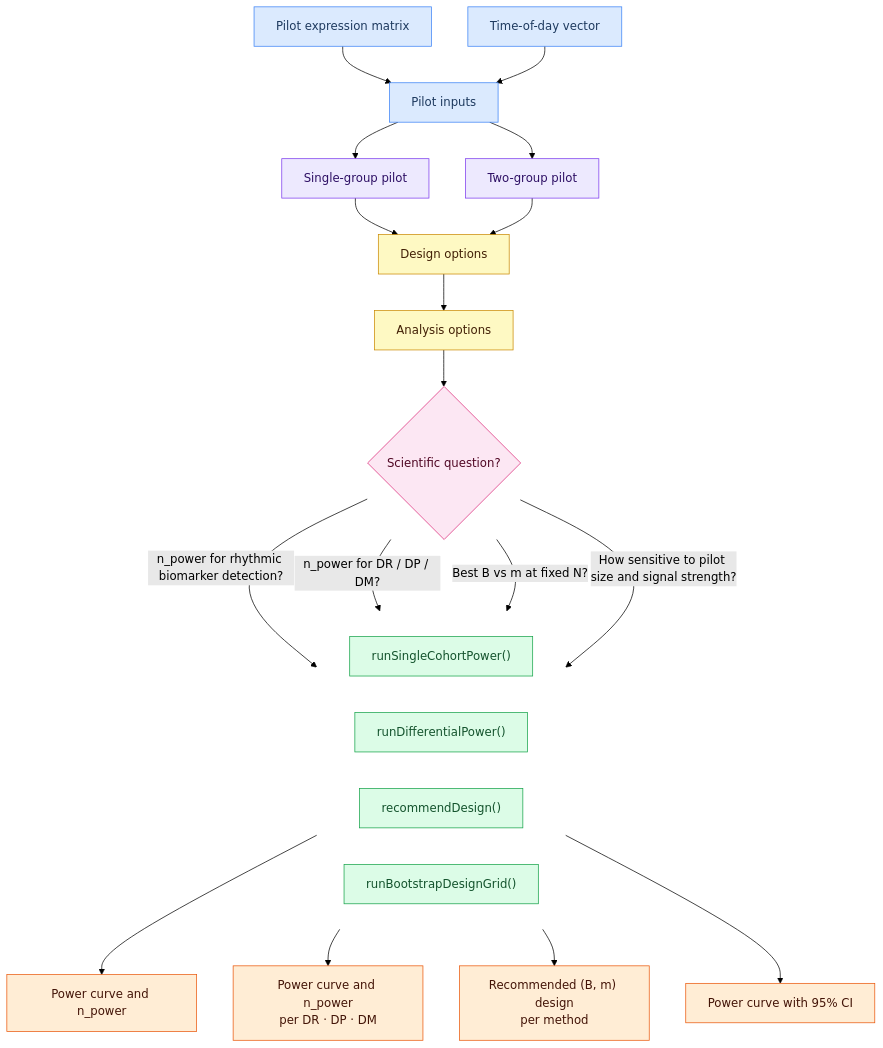
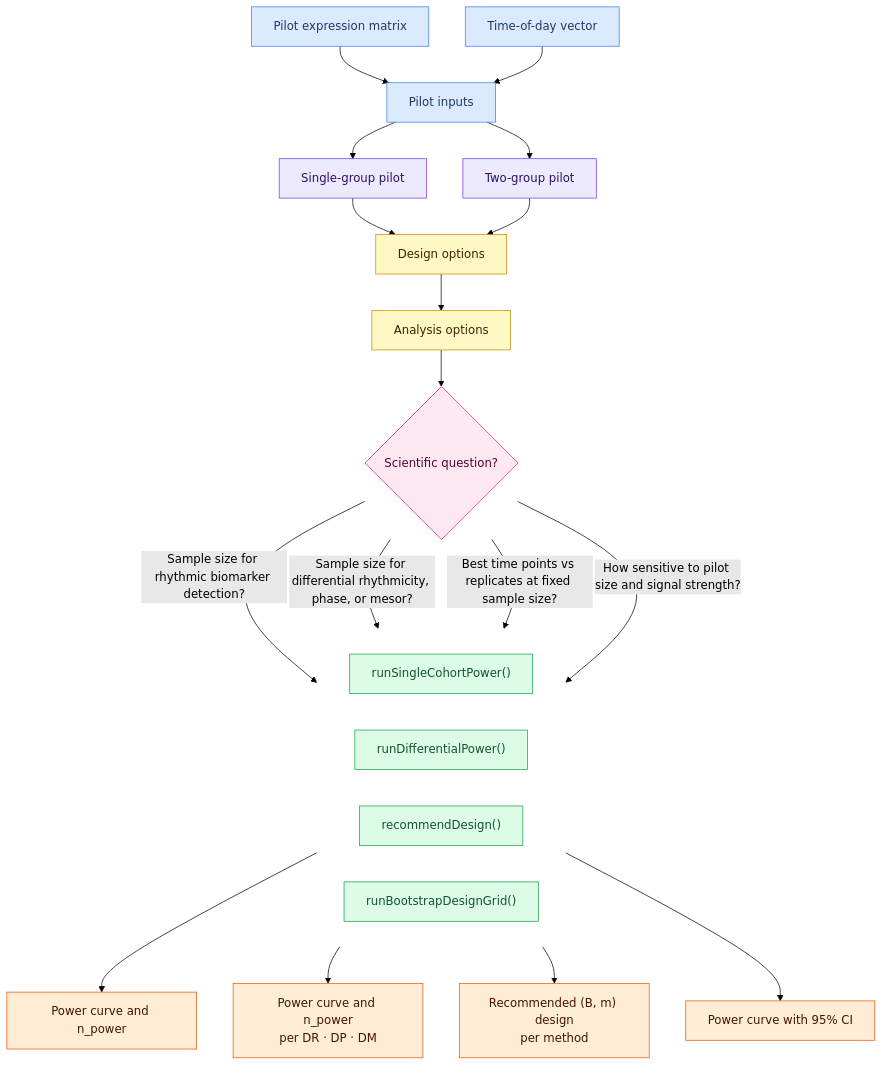
One commit to quythien/SCP changed the diagram in vignettes/SCP_vignette.md. Above: the diagram before and after it, drawn with Mermaid (forest theme).

Commit message:
Spell out flowchart branch labels: no notation abbreviations

````diff
--- a/vignettes/SCP_vignette.md
+++ b/vignettes/SCP_vignette.md
@@ -65,65 +65,65 @@
 ```mermaid
 flowchart TD
 
     A["Pilot expression matrix"]
     B["Time-of-day vector"]
     I["Pilot inputs"]
 
     C["Single-group pilot"]
     D["Two-group pilot"]
 
     E["Design options"]
     F["Analysis options"]
 
     G{"Scientific question?"}
 
     subgraph RUNNERS[" "]
         direction LR
         SC["runSingleCohortPower()"]
         DF["runDifferentialPower()"]
         BM["recommendDesign()"]
         BS["runBootstrapDesignGrid()"]
     end
 
     R1["Power curve and n_power"]
     R2["Power curve and n_power
 per DR · DP · DM"]
     R3["Recommended (B, m) design
 per method"]
     R4["Power curve with 95% CI"]
 
     A --> I
     B --> I
     I --> C
     I --> D
     C --> E
     D --> E
     E --> F
     F --> G
 
-    G -- "n_power for rhythmic biomarker detection?" --> SC
-    G -- "n_power for DR / DP / DM?" --> DF
-    G -- "Best B vs m at fixed N?" --> BM
+    G -- "Sample size for rhythmic biomarker detection?" --> SC
+    G -- "Sample size for differential rhythmicity, phase, or mesor?" --> DF
+    G -- "Best time points vs replicates at fixed sample size?" --> BM
     G -- "How sensitive to pilot size and signal strength?" --> BS
 
     SC --> R1
     DF --> R2
     BM --> R3
     BS --> R4
 
     classDef input   fill:#dbeafe,stroke:#3b82f6,color:#1e3a5f
     classDef est     fill:#ede9fe,stroke:#7c3aed,color:#2e1065
     classDef opts    fill:#fef9c3,stroke:#ca8a04,color:#422006
     classDef decide  fill:#fce7f3,stroke:#db2777,color:#500724
     classDef runner  fill:#dcfce7,stroke:#16a34a,color:#14532d
     classDef result  fill:#ffedd5,stroke:#ea580c,color:#431407
     classDef hidden  fill:none,stroke:none,color:none
 
     class A,B,I input
     class C,D est
     class E,F opts
     class G decide
     class SC,DF,BM,BS runner
     class R1,R2,R3,R4 result
     class RUNNERS hidden
 ```
````
